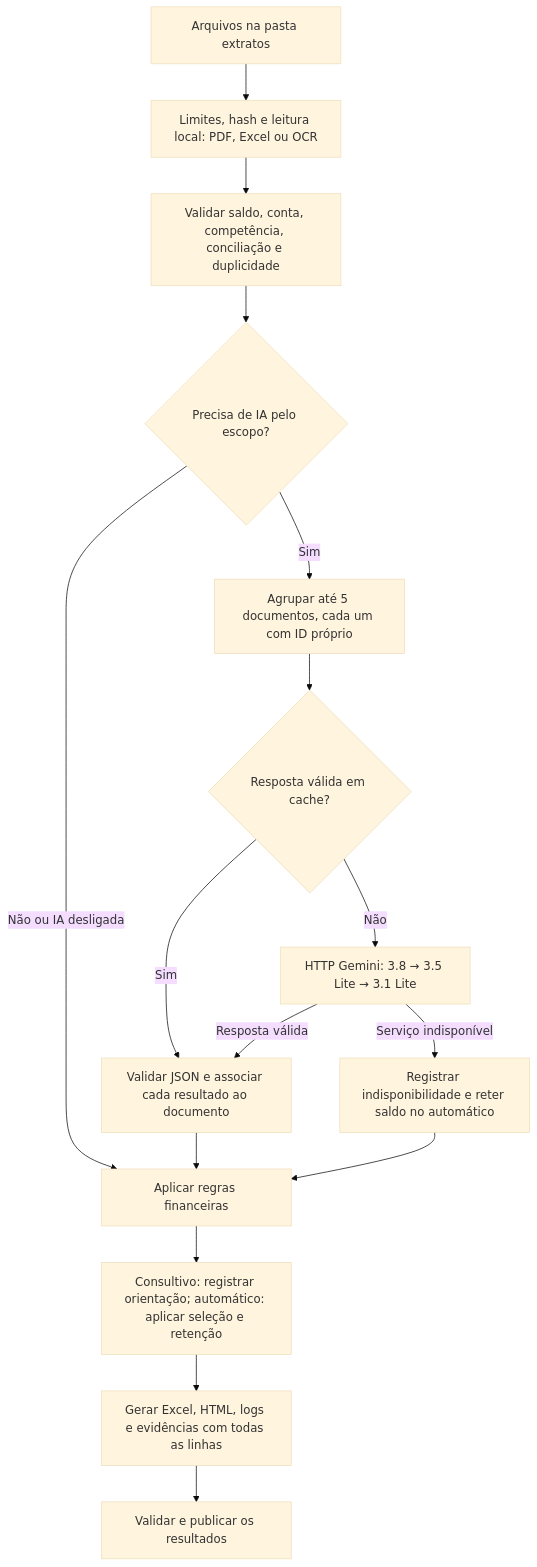
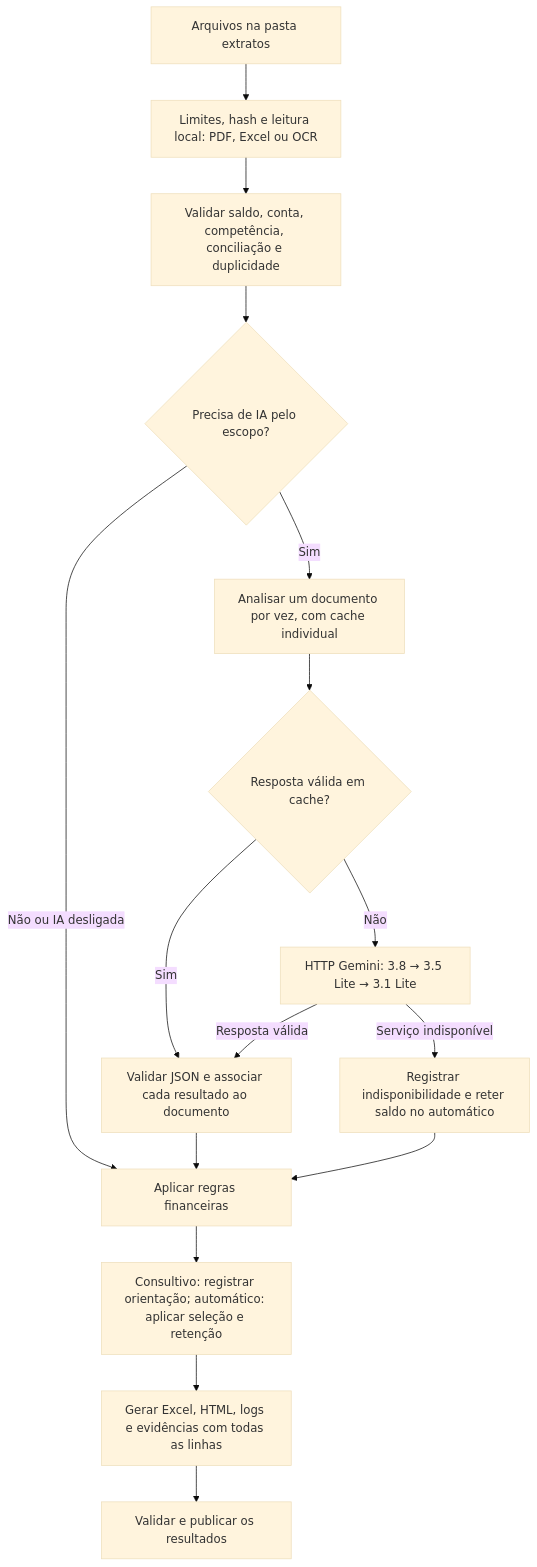
One commit to felipexxxxx/goener-case changed the diagram in README.md. Above: the diagram before and after it, drawn with Mermaid (base theme). The commit also changed other lines of this file and 3 other files, not shown here.

Commit message:
Processa IA por documento para preservar resultados no failover

````diff
--- a/README.md
+++ b/README.md
@@ -108,18 +108,18 @@
 ```mermaid
 flowchart TD
     A[Arquivos na pasta extratos] --> B[Limites, hash e leitura local: PDF, Excel ou OCR]
     B --> C[Validar saldo, conta, competência, conciliação e duplicidade]
     C --> D{Precisa de IA pelo escopo?}
     D -- Não ou IA desligada --> J[Aplicar regras financeiras]
-    D -- Sim --> E[Agrupar até 5 documentos, cada um com ID próprio]
+    D -- Sim --> E[Analisar um documento por vez, com cache individual]
     E --> F{Resposta válida em cache?}
     F -- Sim --> H[Validar JSON e associar cada resultado ao documento]
     F -- Não --> G[HTTP Gemini: 3.8 → 3.5 Lite → 3.1 Lite]
     G -- Resposta válida --> H
     G -- Serviço indisponível --> I[Registrar indisponibilidade e reter saldo no automático]
     H --> J
     I --> J
     J --> K[Consultivo: registrar orientação; automático: aplicar seleção e retenção]
     K --> L[Gerar Excel, HTML, logs e evidências com todas as linhas]
     L --> M[Validar e publicar os resultados]
 ```
````
